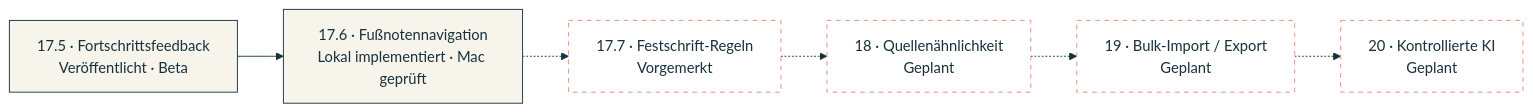
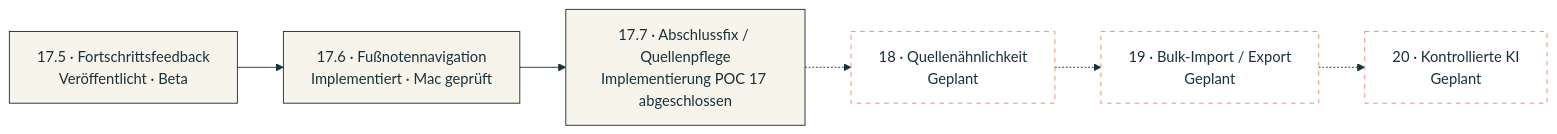
Before and after one commit to AfsharLT/footnote-checker: the fourth of 4 diagrams in README.md, drawn with Mermaid. The commit also changed other lines of this file and 7 other files, not shown here.

````diff
--- a/README.md
+++ b/README.md
@@ -205,14 +227,14 @@
 ```mermaid
 %%{init: {'theme': 'base', 'themeVariables': {'primaryColor': '#F7F4EC', 'primaryTextColor': '#18313A', 'primaryBorderColor': '#18313A', 'lineColor': '#18313A'}}}%%
 flowchart LR
     Current["17.5 · Fortschrittsfeedback<br/>Veröffentlicht · Beta"]
-    Navigation["17.6 · Fußnotennavigation<br/>Lokal implementiert · Mac geprüft"]
-    Festschrift["17.7 · Festschrift-Regeln<br/>Vorgemerkt"]
+    Navigation["17.6 · Fußnotennavigation<br/>Implementiert · Mac geprüft"]
+    Festschrift["17.7 · Abschlussfix / Quellenpflege<br/>Implementierung POC 17 abgeschlossen"]
     Similarity["18 · Quellenähnlichkeit<br/>Geplant"]
     Import["19 · Bulk-Import / Export<br/>Geplant"]
     AI["20 · Kontrollierte KI<br/>Geplant"]
     Current --> Navigation
-    Navigation -.-> Festschrift -.-> Similarity -.-> Import -.-> AI
+    Navigation --> Festschrift -.-> Similarity -.-> Import -.-> AI
     classDef planned fill:#ffffff,stroke:#E88B72,stroke-dasharray:5 5,color:#18313A;
-    class Festschrift,Similarity,Import,AI planned;
+    class Similarity,Import,AI planned;
 ```
````
